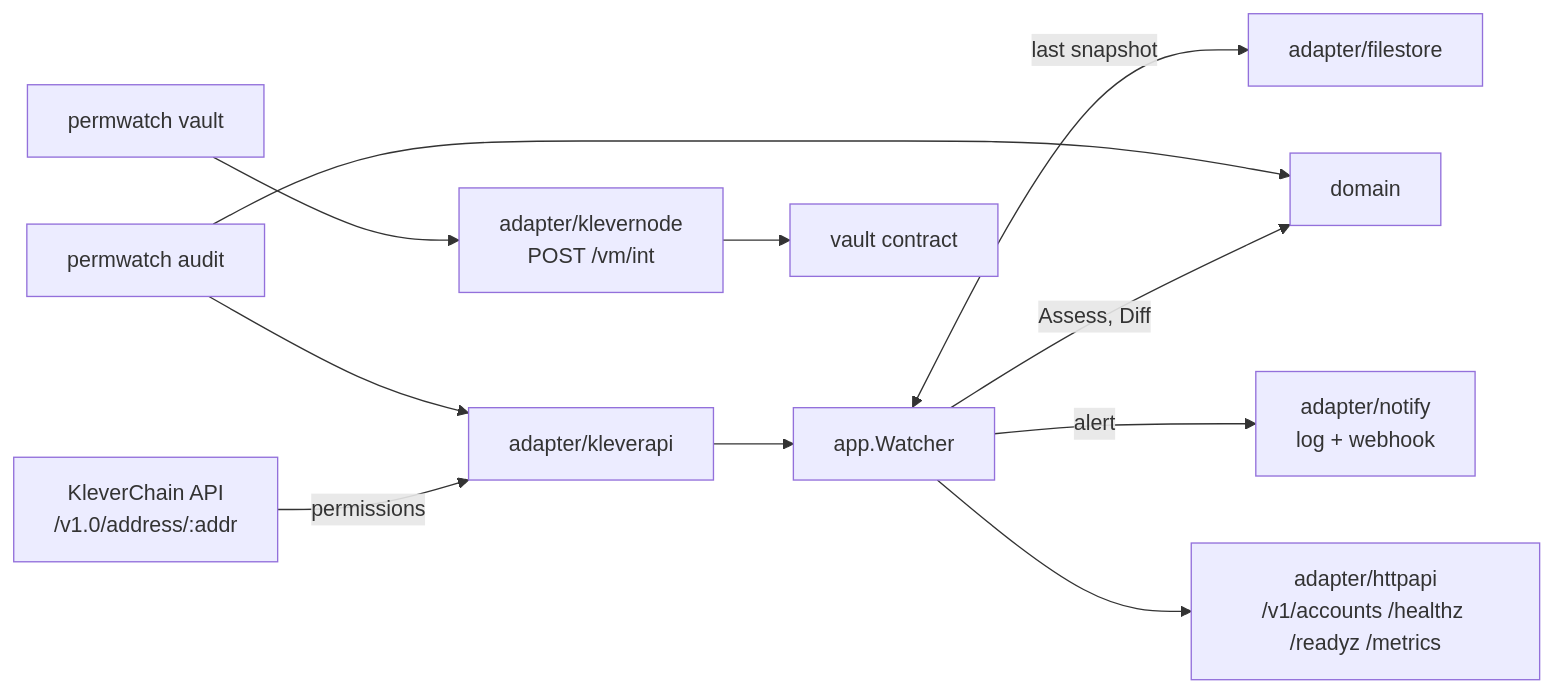
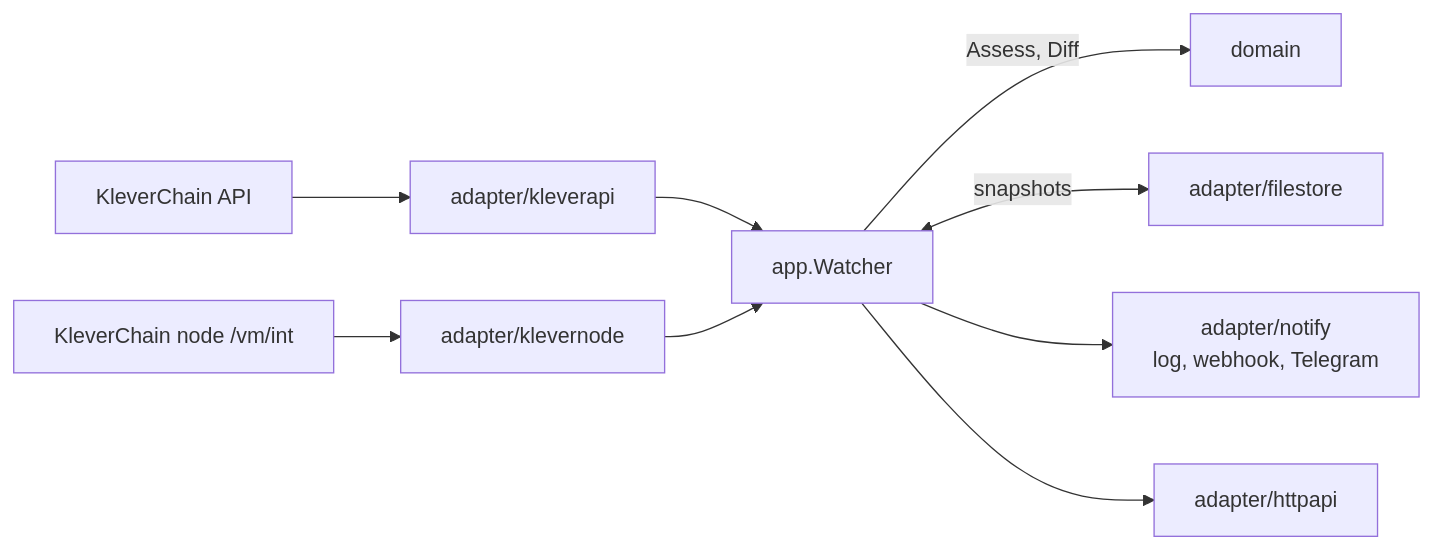
One commit to Amadeus-22/permwatch changed the diagram in README.md. Above: the diagram before and after it, drawn with Mermaid. The commit also changed other lines of this file, not shown here.

````diff
--- a/README.md
+++ b/README.md
@@ -58,12 +75,9 @@
 ```mermaid
 flowchart LR
-    API[KleverChain API<br/>/v1.0/address/:addr] -->|permissions| K[adapter/kleverapi]
-    K --> W[app.Watcher]
+    API[KleverChain API] --> K[adapter/kleverapi] --> W[app.Watcher]
     W -->|Assess, Diff| D[domain]
-    W <-->|last snapshot| F[adapter/filestore]
-    W -->|alert| N[adapter/notify<br/>log + webhook]
-    W --> H[adapter/httpapi<br/>/v1/accounts /healthz /readyz /metrics]
-    CLI[permwatch audit] --> K
-    CLI --> D
-    V[permwatch vault] --> NODE[adapter/klevernode<br/>POST /vm/int] --> SC[vault contract]
+    W <-->|snapshots| F[adapter/filestore]
+    W --> N[adapter/notify<br/>log, webhook, Telegram]
+    W --> H[adapter/httpapi]
+    NODE[KleverChain node /vm/int] --> V[adapter/klevernode] --> W
 ```
````
